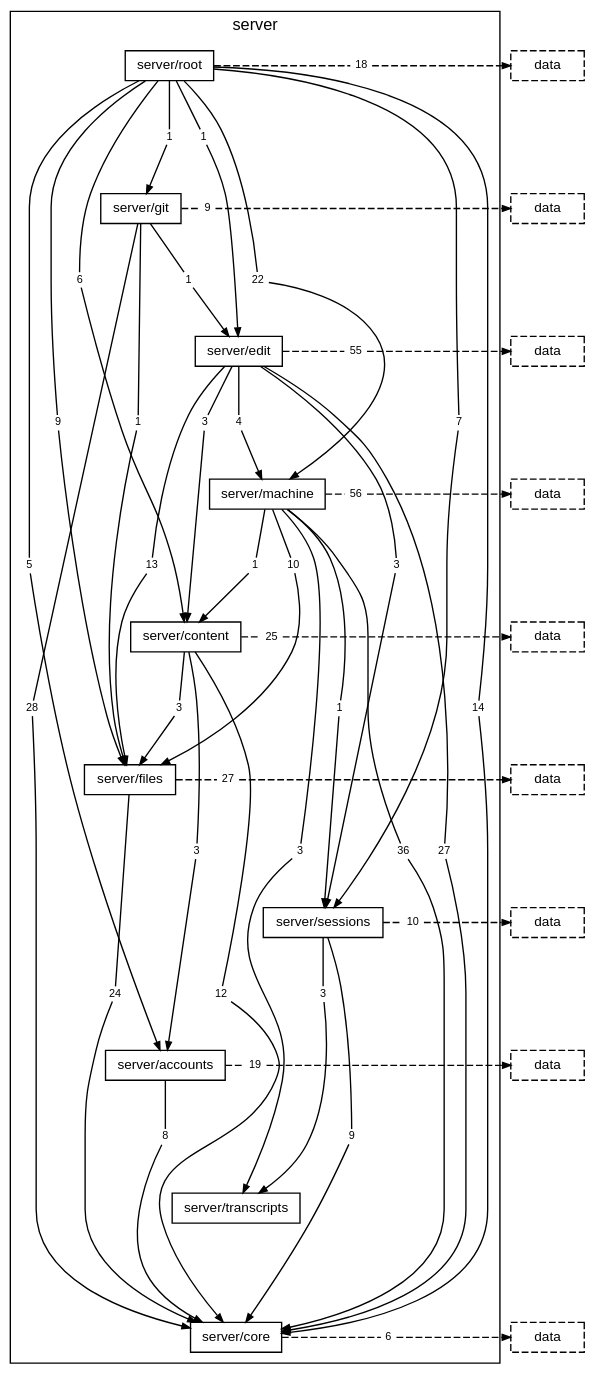
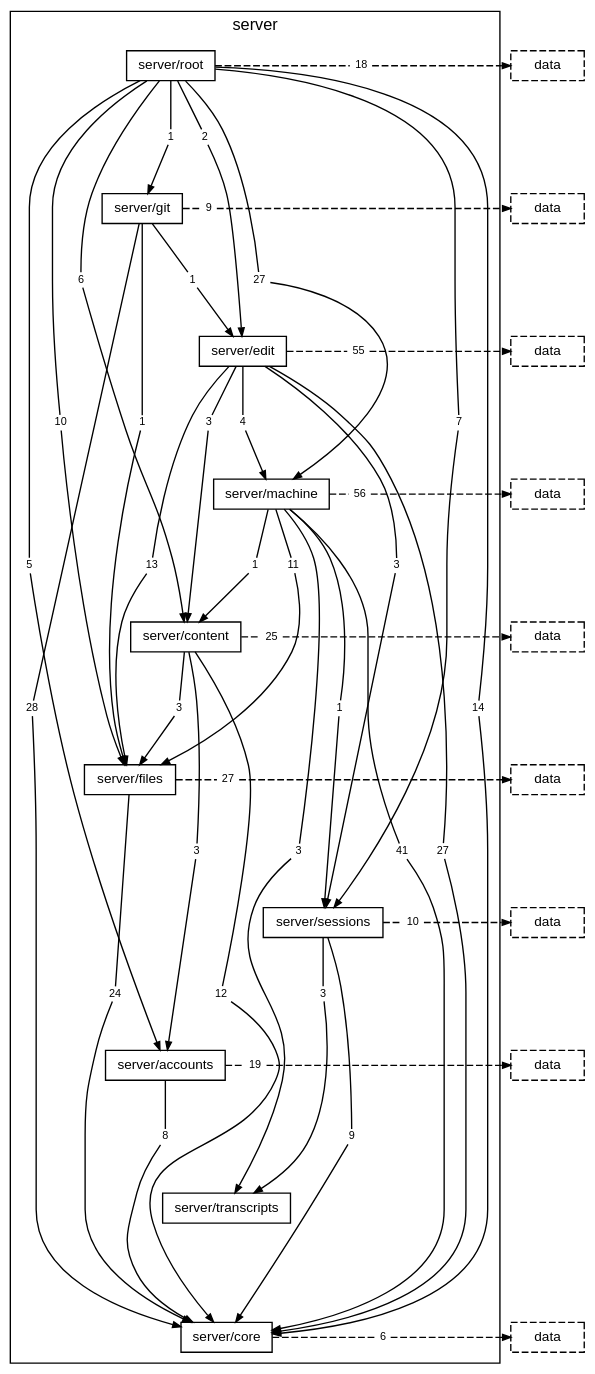
Before and after one commit to TheAxeC/oculus: the diagram in docs/diagrams/layer-server.dot, drawn with Graphviz. The commit also changed 241 other files, not shown here.

```diff
--- a/docs/diagrams/layer-server.dot
+++ b/docs/diagrams/layer-server.dot
@@ -17,10 +17,10 @@
         "folder server/root to folder server/accounts" [label="5", shape=box, color="transparent", fontsize=8, width=0, height=0, margin="0.04,0.02"];
         "folder server/root to folder server/content" [label="6", shape=box, color="transparent", fontsize=8, width=0, height=0, margin="0.04,0.02"];
         "folder server/root to folder server/core" [label="14", shape=box, color="transparent", fontsize=8, width=0, height=0, margin="0.04,0.02"];
-        "folder server/root to folder server/edit" [label="1", shape=box, color="transparent", fontsize=8, width=0, height=0, margin="0.04,0.02"];
-        "folder server/root to folder server/files" [label="9", shape=box, color="transparent", fontsize=8, width=0, height=0, margin="0.04,0.02"];
+        "folder server/root to folder server/edit" [label="2", shape=box, color="transparent", fontsize=8, width=0, height=0, margin="0.04,0.02"];
+        "folder server/root to folder server/files" [label="10", shape=box, color="transparent", fontsize=8, width=0, height=0, margin="0.04,0.02"];
         "folder server/root to folder server/git" [label="1", shape=box, color="transparent", fontsize=8, width=0, height=0, margin="0.04,0.02"];
-        "folder server/root to folder server/machine" [label="22", shape=box, color="transparent", fontsize=8, width=0, height=0, margin="0.04,0.02"];
+        "folder server/root to folder server/machine" [label="27", shape=box, color="transparent", fontsize=8, width=0, height=0, margin="0.04,0.02"];
         "folder server/root to folder server/sessions" [label="7", shape=box, color="transparent", fontsize=8, width=0, height=0, margin="0.04,0.02"];
         "folder server/root to layer data" [label="18", shape=box, color="transparent", fontsize=8, width=0, height=0, margin="0.04,0.02"];
         "folder server/git to folder server/core" [label="28", shape=box, color="transparent", fontsize=8, width=0, height=0, margin="0.04,0.02"];
@@ -34,8 +34,8 @@
         "folder server/edit to folder server/sessions" [label="3", shape=box, color="transparent", fontsize=8, width=0, height=0, margin="0.04,0.02"];
         "folder server/edit to layer data" [label="55", shape=box, color="transparent", fontsize=8, width=0, height=0, margin="0.04,0.02"];
         "folder server/machine to folder server/content" [label="1", shape=box, color="transparent", fontsize=8, width=0, height=0, margin="0.04,0.02"];
-        "folder server/machine to folder server/core" [label="36", shape=box, color="transparent", fontsize=8, width=0, height=0, margin="0.04,0.02"];
-        "folder server/machine to folder server/files" [label="10", shape=box, color="transparent", fontsize=8, width=0, height=0, margin="0.04,0.02"];
+        "folder server/machine to folder server/core" [label="41", shape=box, color="transparent", fontsize=8, width=0, height=0, margin="0.04,0.02"];
+        "folder server/machine to folder server/files" [label="11", shape=box, color="transparent", fontsize=8, width=0, height=0, margin="0.04,0.02"];
         "folder server/machine to folder server/sessions" [label="1", shape=box, color="transparent", fontsize=8, width=0, height=0, margin="0.04,0.02"];
         "folder server/machine to folder server/transcripts" [label="3", shape=box, color="transparent", fontsize=8, width=0, height=0, margin="0.04,0.02"];
         "folder server/machine to layer data" [label="56", shape=box, color="transparent", fontsize=8, width=0, height=0, margin="0.04,0.02"];
```
